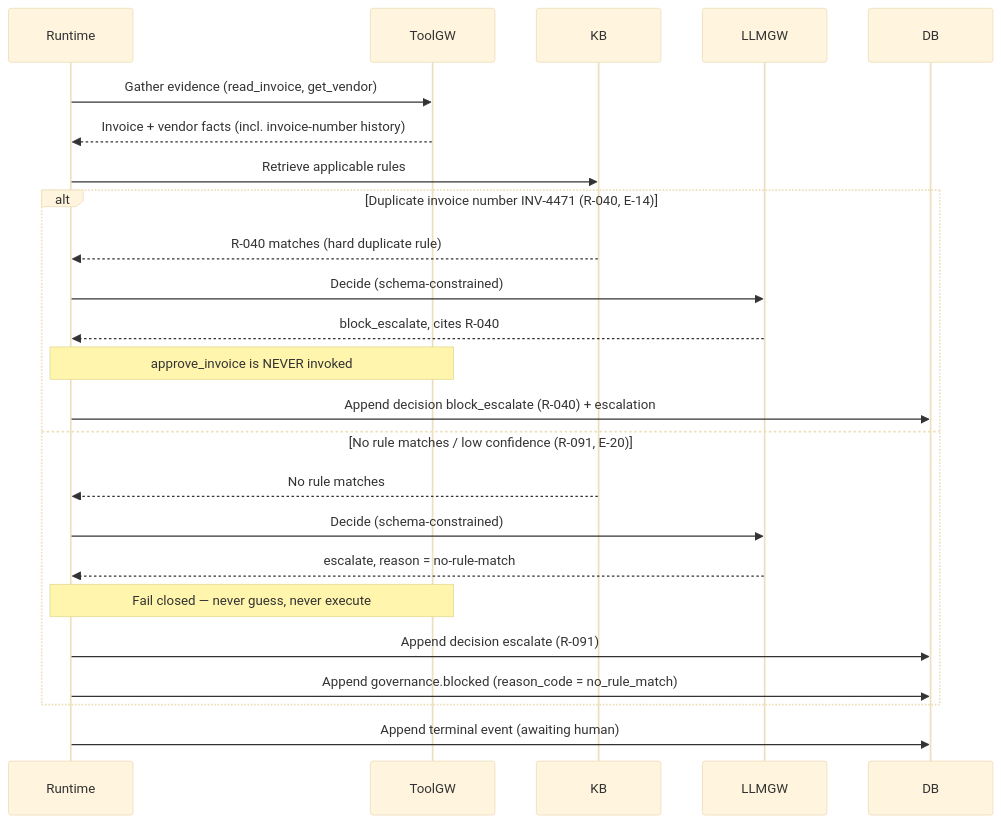
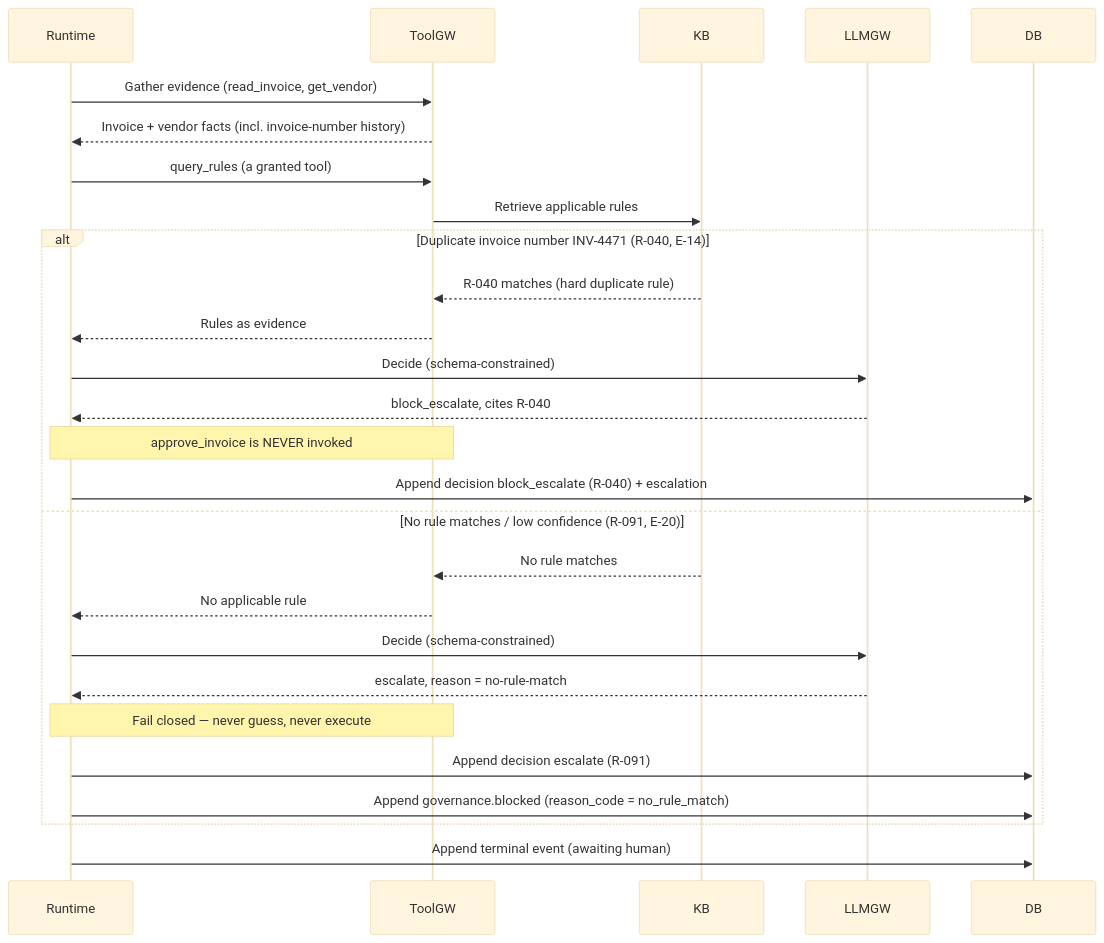
One commit to Roygrh/forge changed the diagram in docs/02-architecture/diagrams/seq-guardrail-block.md. Above: the diagram before and after it, drawn with Mermaid (base theme). The commit also changed 17 other files, not shown here.

````diff
--- a/docs/02-architecture/diagrams/seq-guardrail-block.md
+++ b/docs/02-architecture/diagrams/seq-guardrail-block.md
@@ -9,27 +9,30 @@
 ```mermaid
 sequenceDiagram
     participant Runtime
     participant ToolGW
     participant KB
     participant LLMGW
     participant DB
 
     Runtime->>ToolGW: Gather evidence (read_invoice, get_vendor)
     ToolGW-->>Runtime: Invoice + vendor facts (incl. invoice-number history)
-    Runtime->>KB: Retrieve applicable rules
+    Runtime->>ToolGW: query_rules (a granted tool)
+    ToolGW->>KB: Retrieve applicable rules
     alt Duplicate invoice number INV-4471 (R-040, E-14)
-        KB-->>Runtime: R-040 matches (hard duplicate rule)
+        KB-->>ToolGW: R-040 matches (hard duplicate rule)
+        ToolGW-->>Runtime: Rules as evidence
         Runtime->>LLMGW: Decide (schema-constrained)
         LLMGW-->>Runtime: block_escalate, cites R-040
         Note over Runtime,ToolGW: approve_invoice is NEVER invoked
         Runtime->>DB: Append decision block_escalate (R-040) + escalation
     else No rule matches / low confidence (R-091, E-20)
-        KB-->>Runtime: No rule matches
+        KB-->>ToolGW: No rule matches
+        ToolGW-->>Runtime: No applicable rule
         Runtime->>LLMGW: Decide (schema-constrained)
         LLMGW-->>Runtime: escalate, reason = no-rule-match
         Note over Runtime,ToolGW: Fail closed — never guess, never execute
-            Runtime->>DB: Append decision escalate (R-091)
+        Runtime->>DB: Append decision escalate (R-091)
         Runtime->>DB: Append governance.blocked (reason_code = no_rule_match)
     end
     Runtime->>DB: Append terminal event (awaiting human)
 ```
````
